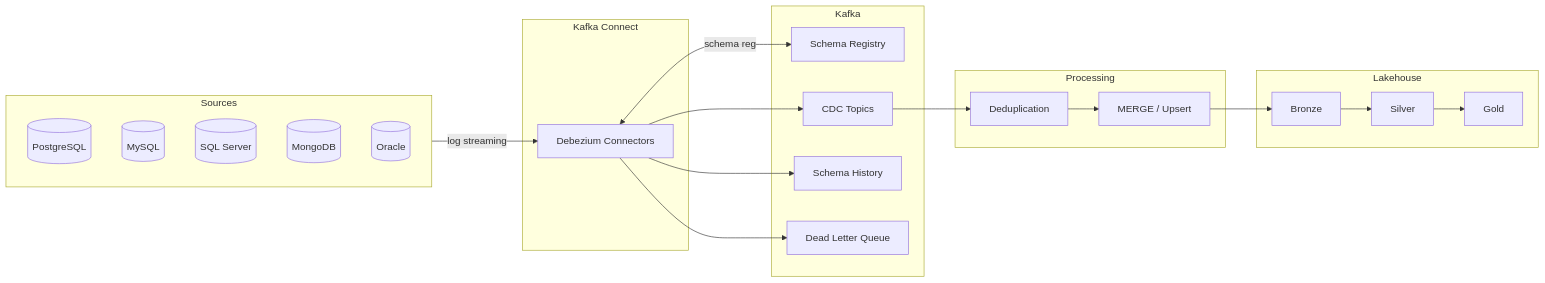
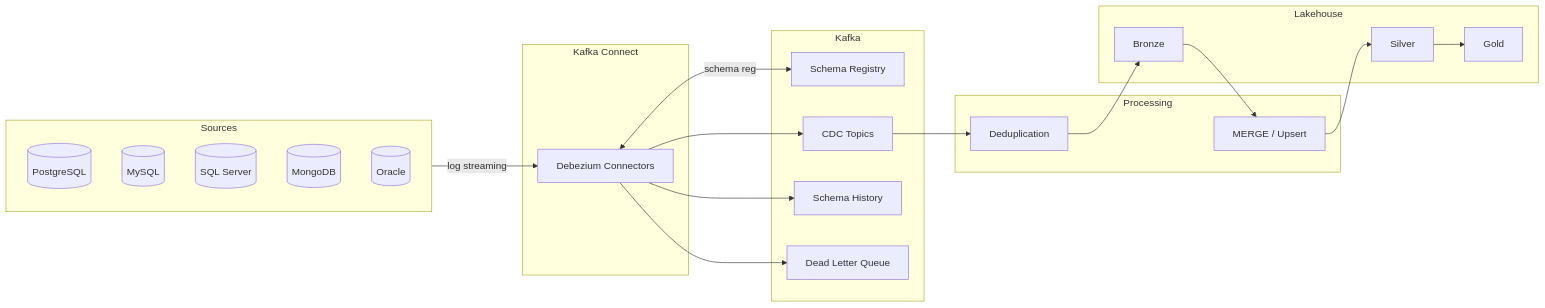
One commit to ciecolopes01/cdc_streaming_edition changed the first of 4 diagrams in docs/architecture.md. Above: the diagram before and after it, drawn with Mermaid. The commit also changed 6 other files, not shown here.

First line of the commit message:
fix: cross-file consistency audit - deprecated props, diagram flow, offset reset, topic policy

````diff
--- a/docs/architecture.md
+++ b/docs/architecture.md
@@ -9,38 +9,40 @@
 ```mermaid
 flowchart LR
     subgraph Sources
         PG[(PostgreSQL)]
         MY[(MySQL)]
         SS[(SQL Server)]
         MG[(MongoDB)]
         OR[(Oracle)]
     end
 
     subgraph Connect["Kafka Connect"]
         D[Debezium Connectors]
     end
 
     subgraph Kafka
         SR[Schema Registry]
         T[CDC Topics]
         H[Schema History]
         DLQ[Dead Letter Queue]
     end
 
     subgraph Processing
         DEDUP[Deduplication]
         MERGE[MERGE / Upsert]
     end
 
     subgraph Lakehouse
         BZ[Bronze]
         SV[Silver]
         GD[Gold]
     end
 
     Sources -->|log streaming| D
     D <-->|schema reg| SR
     D --> T & H & DLQ
-    T --> DEDUP --> MERGE
-    MERGE --> BZ --> SV --> GD
+    T --> DEDUP
+    DEDUP --> BZ
+    BZ --> MERGE
+    MERGE --> SV --> GD
 ```
````
